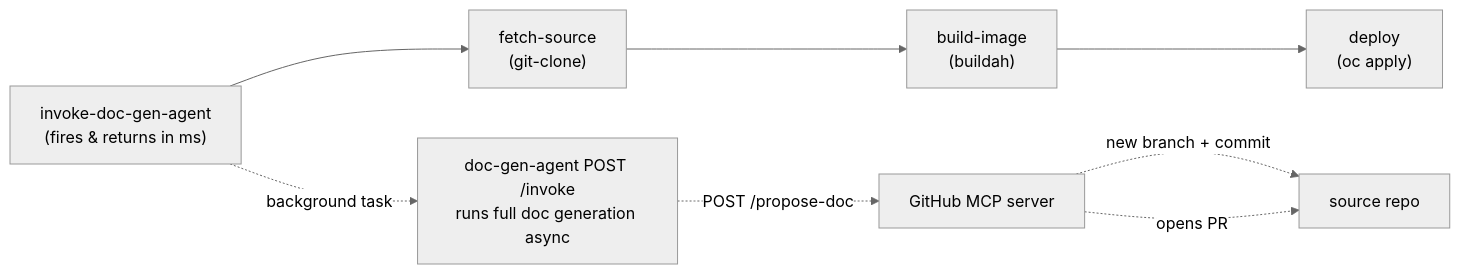
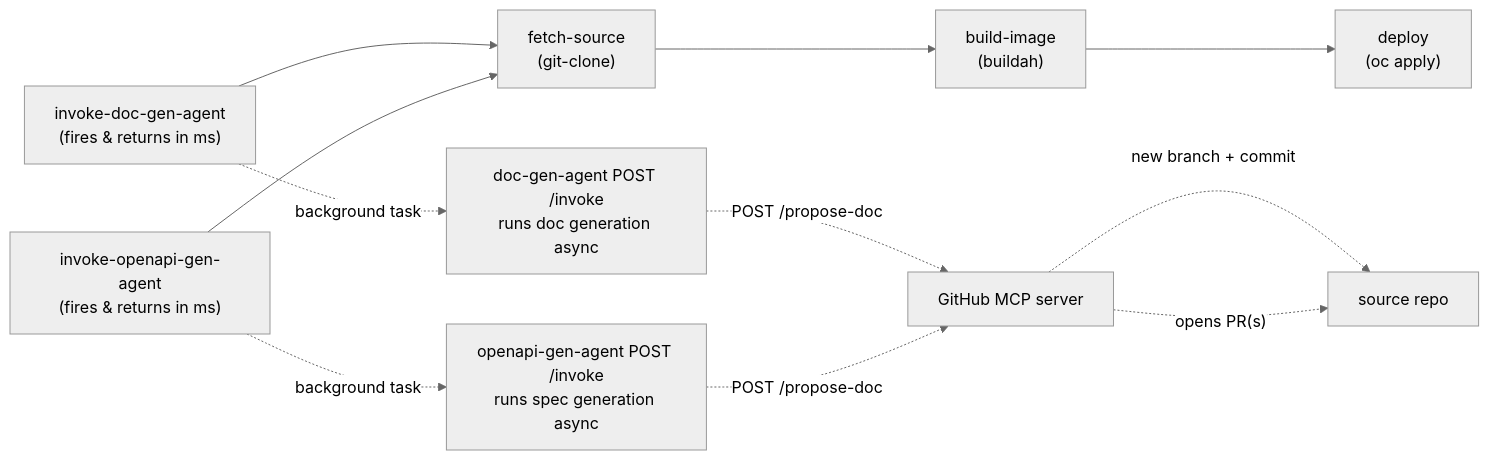
The second of 2 diagrams in README.md (matteo-grimaldi/agentic-doc-generation), drawn with Mermaid (neutral theme) before and after one commit. The commit also changed other lines of this file and 20 other files, not shown here.

````diff
--- a/README.md
+++ b/README.md
@@ -234,10 +301,13 @@
 ```mermaid
 flowchart LR
-    invokeAgent["invoke-doc-gen-agent\n(fires & returns in ms)"] --> fetchSource["fetch-source\n(git-clone)"]
+    invokeDocAgent["invoke-doc-gen-agent\n(fires & returns in ms)"] --> fetchSource["fetch-source\n(git-clone)"]
+    invokeApiAgent["invoke-openapi-gen-agent\n(fires & returns in ms)"] --> fetchSource
     fetchSource --> buildImage["build-image\n(buildah)"]
     buildImage --> deploy["deploy\n(oc apply)"]
-    invokeAgent -.->|"background task"| agentRun["doc-gen-agent POST /invoke\nruns full doc generation async"]
-    agentRun -.->|"POST /propose-doc"| mcpPropose["GitHub MCP server"]
+    invokeDocAgent -.->|"background task"| docAgentRun["doc-gen-agent POST /invoke\nruns doc generation async"]
+    invokeApiAgent -.->|"background task"| apiAgentRun["openapi-gen-agent POST /invoke\nruns spec generation async"]
+    docAgentRun -.->|"POST /propose-doc"| mcpPropose["GitHub MCP server"]
+    apiAgentRun -.->|"POST /propose-doc"| mcpPropose
     mcpPropose -.->|"new branch + commit"| sourceRepo["source repo"]
-    mcpPropose -.->|"opens PR"| sourceRepo
+    mcpPropose -.->|"opens PR(s)"| sourceRepo
 ```
````
